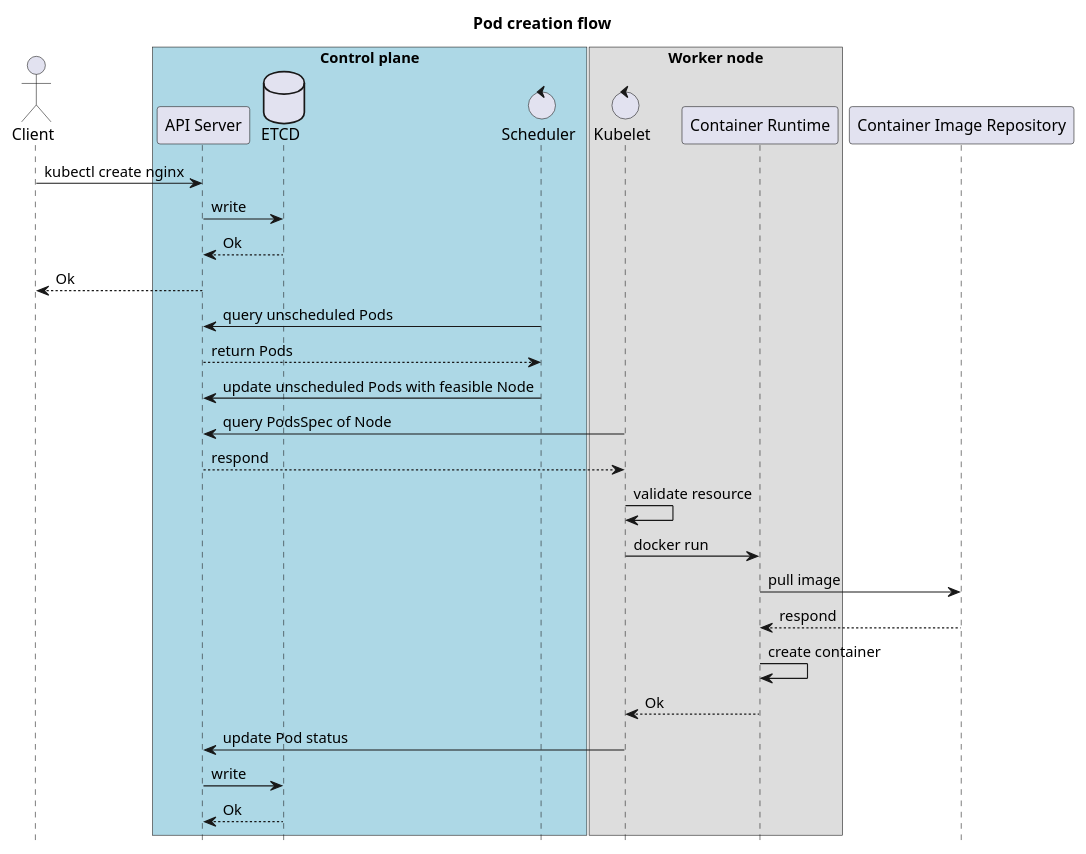
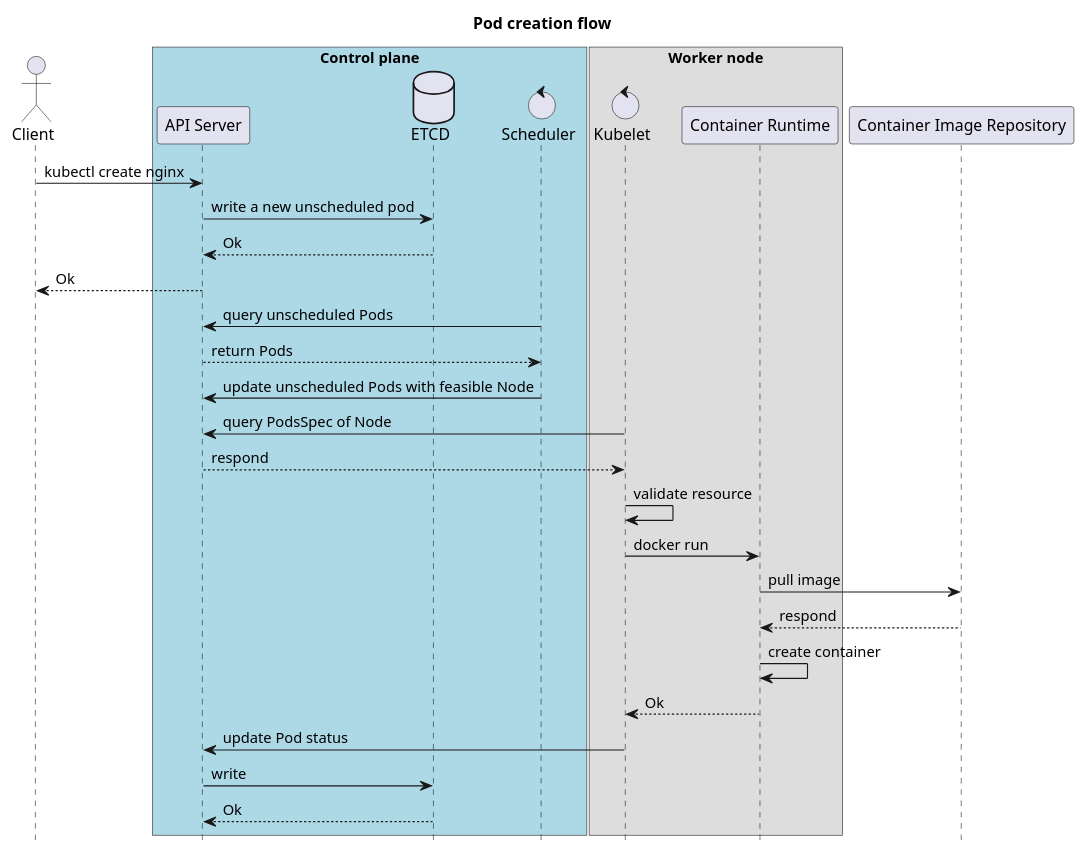
The diagram in content/posts/journal/pod-creation.wsd (henrypham67/henrypham67.github.io), drawn with PlantUML before and after one commit. The commit also changed 61 other files, not shown here.

Commit message:
docs: update pod-creation diagram

```diff
--- a/content/posts/journal/pod-creation.wsd
+++ b/content/posts/journal/pod-creation.wsd
@@ -1,48 +1,48 @@
 @startuml
 
 hide footbox
 title Pod creation flow
 actor Client
 
 box "Control plane" #LightBlue
 participant "API Server"
 database ETCD
 control Scheduler
 end box
 
 box "Worker node"
 control Kubelet
 participant "Container Runtime"
 end box
 
 participant "Container Image Repository"
 
 Client -> "API Server": kubectl create nginx
 
-"API Server" -> ETCD: write
+"API Server" -> ETCD: write a new unscheduled pod
 "API Server" <-- ETCD : Ok
 
 Client <-- "API Server": Ok
 
 "API Server" <- Scheduler: query unscheduled Pods
 "API Server" --> Scheduler: return Pods
 "API Server" <- Scheduler: update unscheduled Pods with feasible Node
 
 "API Server" <- Kubelet: query PodsSpec of Node
 "API Server" --> Kubelet: respond
 Kubelet -> Kubelet: validate resource
 
 Kubelet -> "Container Runtime": docker run
 "Container Runtime" -> "Container Image Repository": pull image
 "Container Runtime" <-- "Container Image Repository": respond
 "Container Runtime" -> "Container Runtime": create container
 Kubelet <-- "Container Runtime": Ok
 
 "API Server" <- Kubelet: update Pod status
 "API Server" -> ETCD: write
 "API Server" <-- ETCD : Ok
 
 
 
 
 @enduml
```
